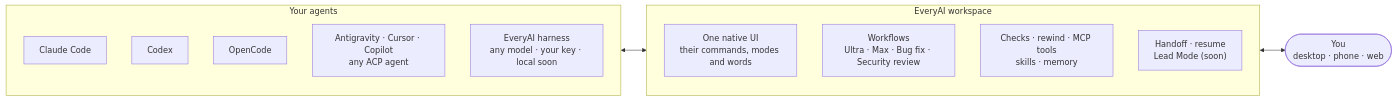
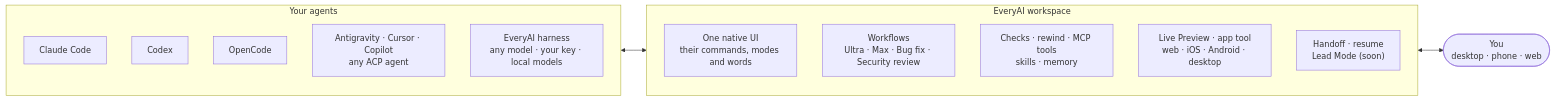
The diagram in README.md (xuckless/everyai-mono), drawn with Mermaid before and after one commit. The commit also changed other lines of this file and 5 other files, not shown here.

````diff
--- a/README.md
+++ b/README.md
@@ -33,19 +34,20 @@
 ```mermaid
 flowchart LR
     subgraph Agents["Your agents"]
         CC["Claude Code"]
         CX["Codex"]
         OC["OpenCode"]
         ACP["Antigravity · Cursor · Copilot<br/>any ACP agent"]
-        EH["EveryAI harness<br/>any model · your key · local soon"]
+        EH["EveryAI harness<br/>any model · your key · local models"]
     end
     subgraph WS["EveryAI workspace"]
         UI["One native UI<br/>their commands, modes and words"]
         WF["Workflows<br/>Ultra · Max · Bug fix · Security review"]
         TL["Checks · rewind · MCP tools<br/>skills · memory"]
+        LV["Live Preview · app tool<br/>web · iOS · Android · desktop"]
         OR["Handoff · resume<br/>Lead Mode (soon)"]
     end
     You(["You<br/>desktop · phone · web"])
     Agents <--> WS
     WS <--> You
 ```
````
